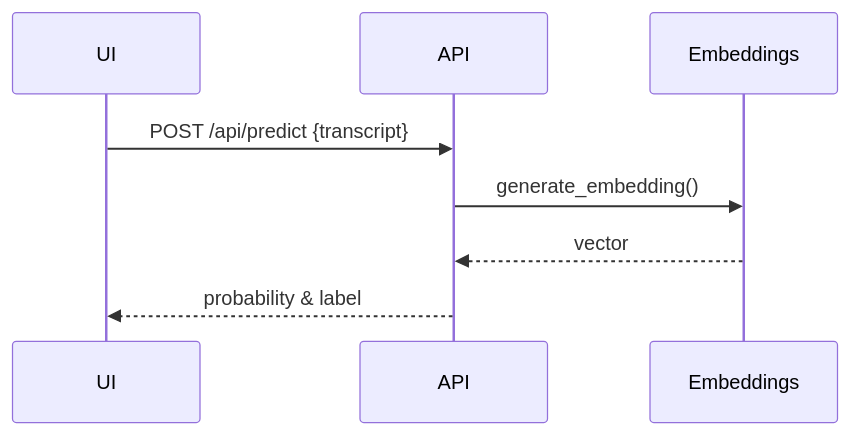
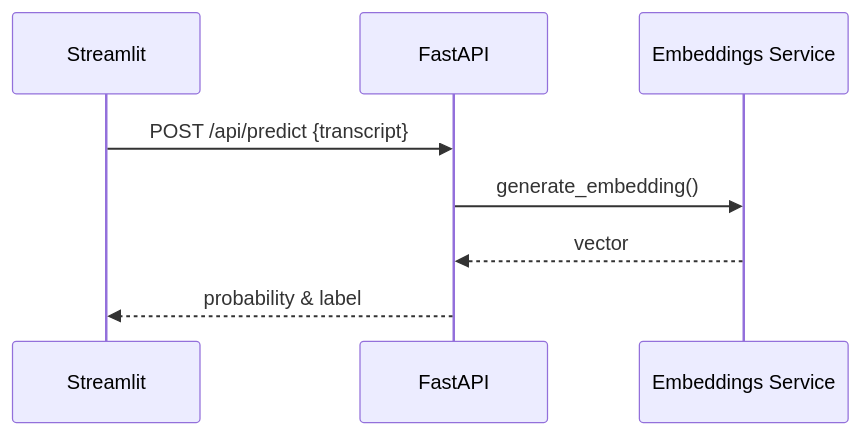
One commit to Misal-Ambasta/W4D5-Fine-Tuned-Embeddings changed the third of 4 diagrams in flow.md. Above: the diagram before and after it, drawn with Mermaid. The commit also changed other lines of this file, not shown here.

````diff
--- a/flow.md
+++ b/flow.md
@@ -49,7 +51,10 @@
 ```mermaid
 sequenceDiagram
+    participant UI as Streamlit
+    participant API as FastAPI
+    participant Embeddings as Embeddings Service
     UI->>API: POST /api/predict {transcript}
     API->>Embeddings: generate_embedding()
     Embeddings-->>API: vector
     API-->>UI: probability & label
 ```
````
